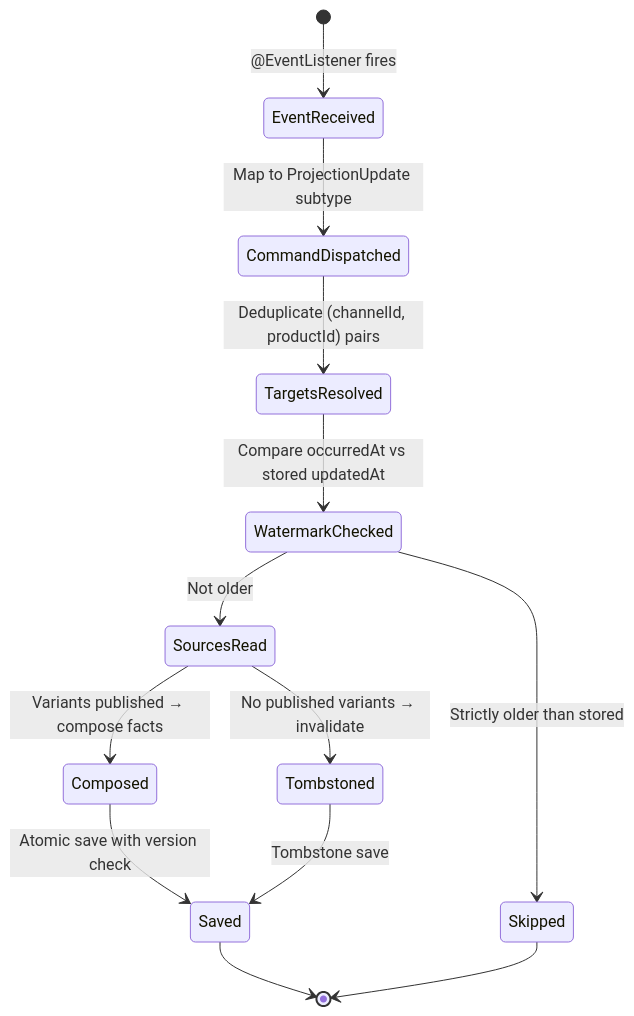
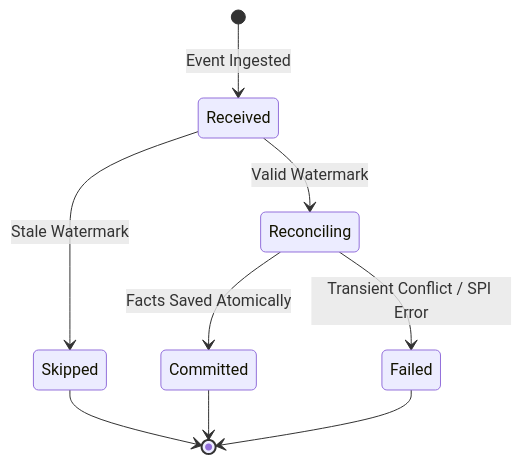
Before and after one commit to khinemyaezin/grab: the second of 4 diagrams in docs/spec/system/discovery-event-reconciliation-tech-spec.md, drawn with Mermaid. The commit also changed other lines of this file and 22 other files, not shown here.

````diff
--- a/docs/spec/system/discovery-event-reconciliation-tech-spec.md
+++ b/docs/spec/system/discovery-event-reconciliation-tech-spec.md
@@ -66,15 +59,11 @@
 ```mermaid
 stateDiagram-v2
-    [*] --> EventReceived : @EventListener fires
-    EventReceived --> CommandDispatched : Map to ProjectionUpdate subtype
-    CommandDispatched --> TargetsResolved : Deduplicate (channelId, productId) pairs
-    TargetsResolved --> WatermarkChecked : Compare occurredAt vs stored updatedAt
-    WatermarkChecked --> Skipped : Strictly older than stored
-    WatermarkChecked --> SourcesRead : Not older
-    SourcesRead --> Composed : Variants published → compose facts
-    SourcesRead --> Tombstoned : No published variants → invalidate
-    Composed --> Saved : Atomic save with version check
-    Tombstoned --> Saved : Tombstone save
-    Saved --> [*]
+    [*] --> Received : Event Ingested
+    Received --> Skipped : Stale Watermark
+    Received --> Reconciling : Valid Watermark
+    Reconciling --> Committed : Facts Saved Atomically
+    Reconciling --> Failed : Transient Conflict / SPI Error
     Skipped --> [*]
+    Committed --> [*]
+    Failed --> [*]
 ```
````
